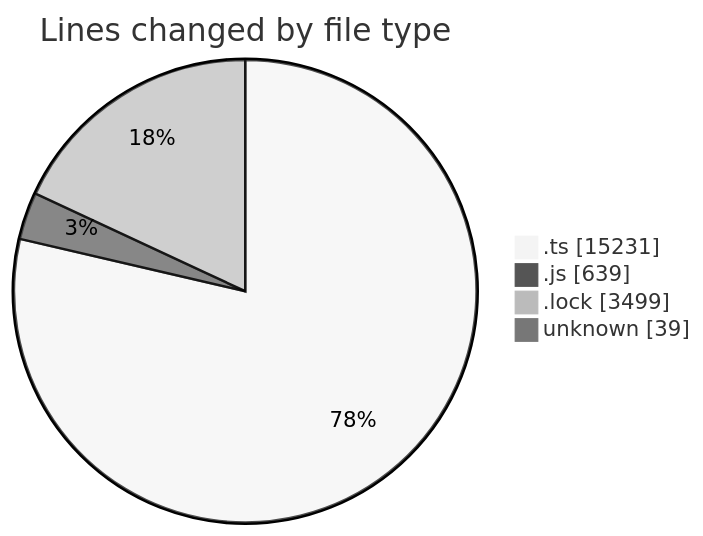
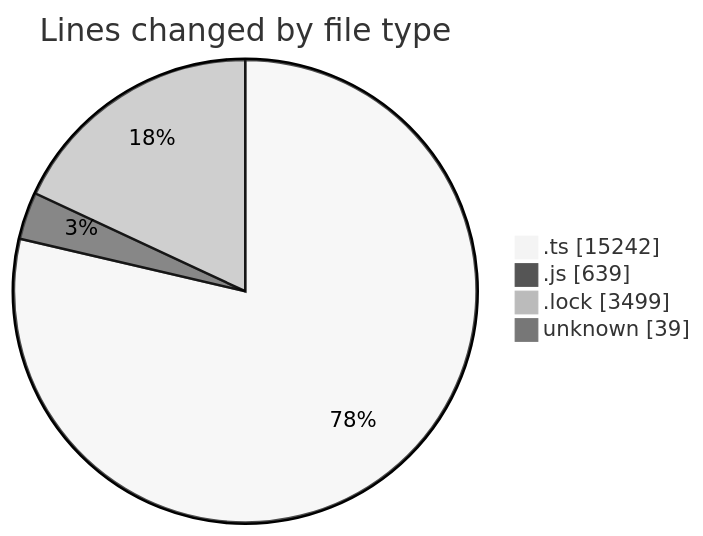
The first of 2 diagrams in 2025-05-20/cda/README.md (momahboobian/code-tracking), drawn with Mermaid (neutral theme) before and after one commit. The commit also changed other lines of this file and 1 other file, not shown here.

````diff
--- a/2025-05-20/cda/README.md
+++ b/2025-05-20/cda/README.md
@@ -31,8 +31,8 @@
 ```mermaid
 pie showData
 title Lines changed by file type
-".ts" : 15231
+".ts" : 15242
 ".js" : 639
 ".lock" : 3499
 "unknown" : 39
 ```
````
